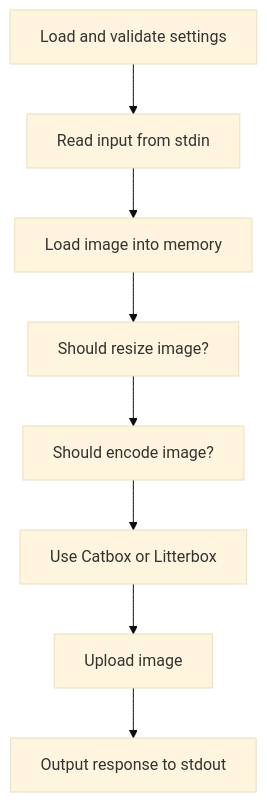
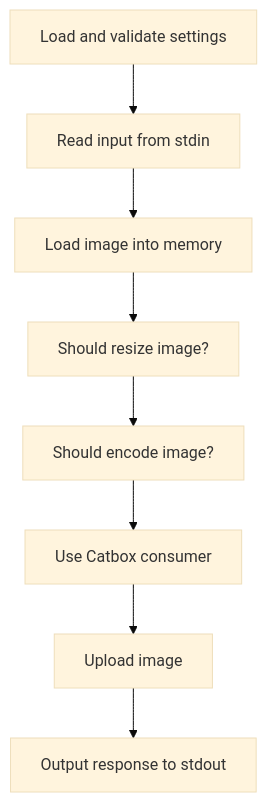
The diagram in README.md (realoksi/foobar2000-catbox), drawn with Mermaid (base theme) before and after one commit. The commit also changed other lines of this file and 3 other files, not shown here.

````diff
--- a/README.md
+++ b/README.md
@@ -101,12 +100,12 @@
 ```mermaid
 flowchart TD
 
 A[Load and validate settings]
 -->B[Read input from stdin]
 -->C[Load image into memory]
 -->D[Should resize image?]
 -->E[Should encode image?]
--->F[Use Catbox or Litterbox]
+-->F[Use Catbox consumer]
 -->G[Upload image]
 -->H[Output response to stdout]
 ```
````
